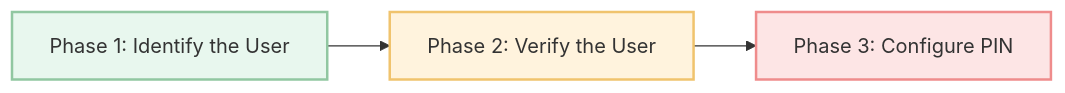
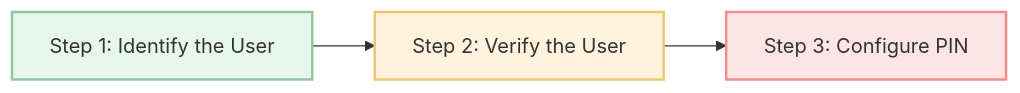
The diagram in content/en/docs/for_administrators/users_and_security_keys_management/security_key_enrollment_flows/self_service_enrollment_flow.md (IDmelon/documents), drawn with Mermaid before and after one commit. The commit also changed other lines of this file, not shown here.

```diff
--- a/content/en/docs/for_administrators/users_and_security_keys_management/security_key_enrollment_flows/self_service_enrollment_flow.md
+++ b/content/en/docs/for_administrators/users_and_security_keys_management/security_key_enrollment_flows/self_service_enrollment_flow.md
@@ -30,12 +28,12 @@
 {{< mermaid >}}
 flowchart LR
-    P1["Phase 1: Identify the User"]
-    P2["Phase 2: Verify the User"]
-    P3["Phase 3: Configure PIN"]
+    P1["Step 1: Identify the User"]
+    P2["Step 2: Verify the User"]
+    P3["Step 3: Configure PIN"]
 
     P1 --> P2 --> P3
 
     style P1 fill:#e8f7ee,stroke:#91c7a1,stroke-width:2px
     style P2 fill:#fff3dd,stroke:#f0c36d,stroke-width:2px
     style P3 fill:#fde5e5,stroke:#ef8c8c,stroke-width:2px
 {{< /mermaid >}}
```
